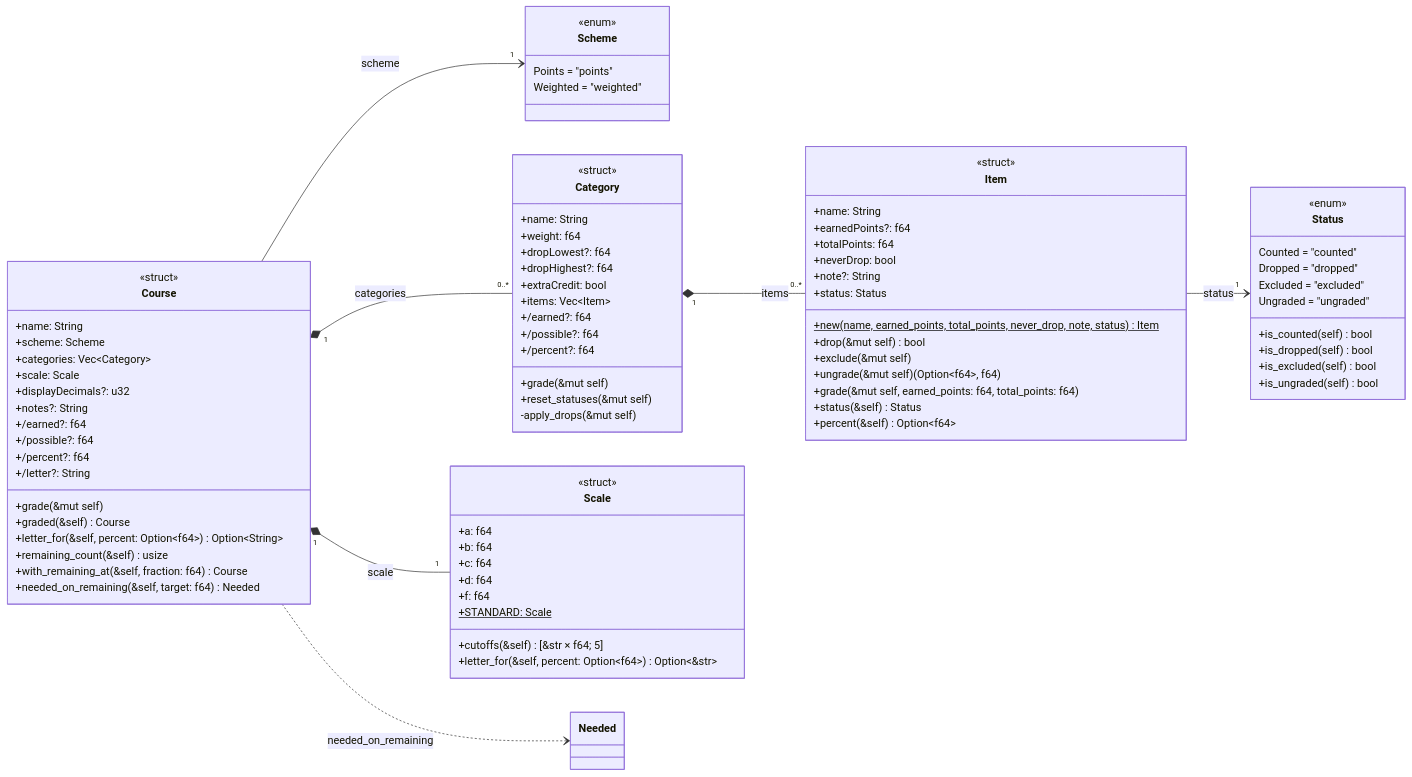
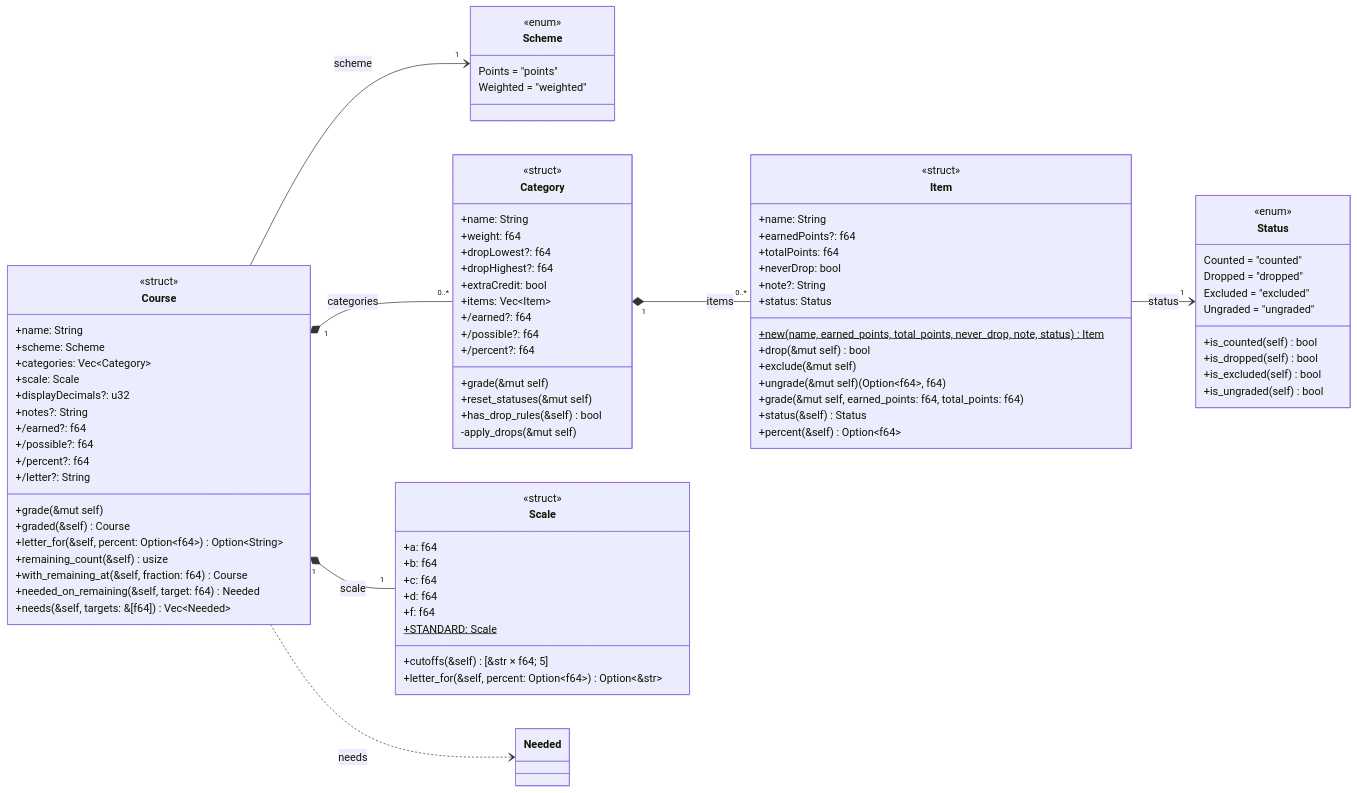
The second of 9 diagrams in docs/uml.md (Patman1O1/grade-calculator), drawn with Mermaid before and after one commit. The commit also changed other lines of this file and 7 other files, not shown here.

````diff
--- a/docs/uml.md
+++ b/docs/uml.md
@@ -102,6 +102,7 @@
     +remaining_count(&self) usize
     +with_remaining_at(&self, fraction: f64) Course
     +needed_on_remaining(&self, target: f64) Needed
+    +needs(&self, targets: &[f64]) Vec~Needed~
   }
   class Category {
     <<struct>>
@@ -116,6 +117,7 @@
     +/percent?: f64
     +grade(&mut self)
     +reset_statuses(&mut self)
+    +has_drop_rules(&self) bool
     -apply_drops(&mut self)
   }
   class Item {
@@ -161,5 +163,5 @@
   Course "1" *-- "1" Scale : scale
   Course --> "1" Scheme : scheme
   Item --> "1" Status : status
-  Course ..> Needed : needed_on_remaining
+  Course ..> Needed : needs
 ```
````
